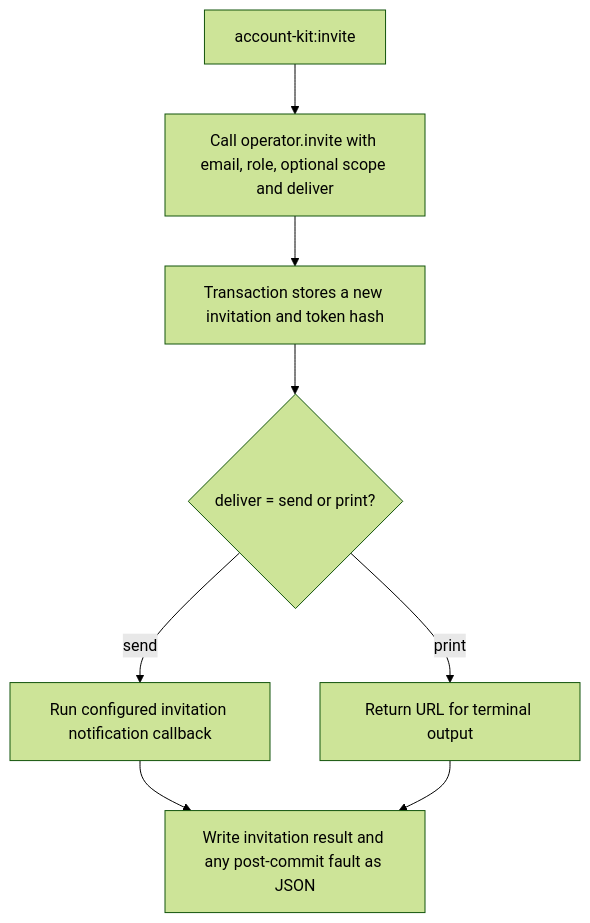
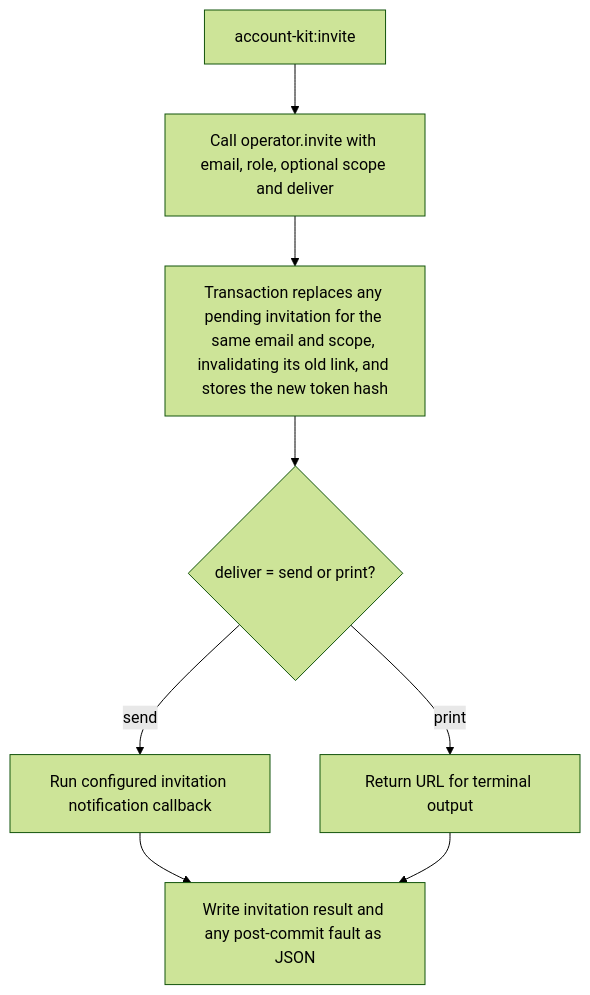
One commit to Kevinjohn/oss-adonisjs-account-kit changed the second of 2 diagrams in user-stories/US-ACCOUNT-36-use-operator-account-commands.md. Above: the diagram before and after it, drawn with Mermaid (forest theme). The commit also changed other lines of this file and 17 other files, not shown here.

````diff
--- a/user-stories/US-ACCOUNT-36-use-operator-account-commands.md
+++ b/user-stories/US-ACCOUNT-36-use-operator-account-commands.md
@@ -33,10 +36,10 @@
 ```mermaid
 flowchart TD
  A["account-kit:invite"] --> B["Call operator.invite with email, role, optional scope and deliver"]
- B --> C["Transaction stores a new invitation and token hash"]
+ B --> C["Transaction replaces any pending invitation for the same email and scope, invalidating its old link, and stores the new token hash"]
  C --> D{"deliver = send or print?"}
  D -->|send| E["Run configured invitation notification callback"]
  D -->|print| F["Return URL for terminal output"]
  E --> G["Write invitation result and any post-commit fault as JSON"]
  F --> G
 ```
````
